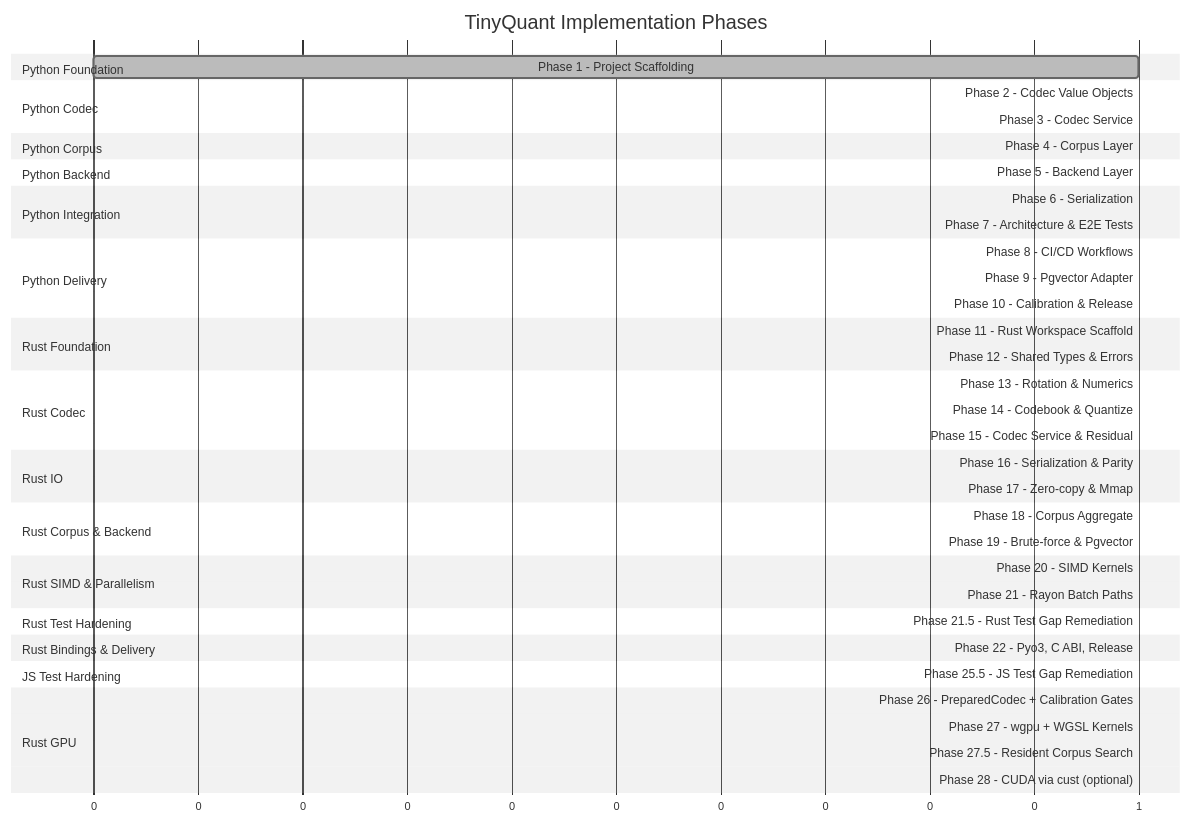
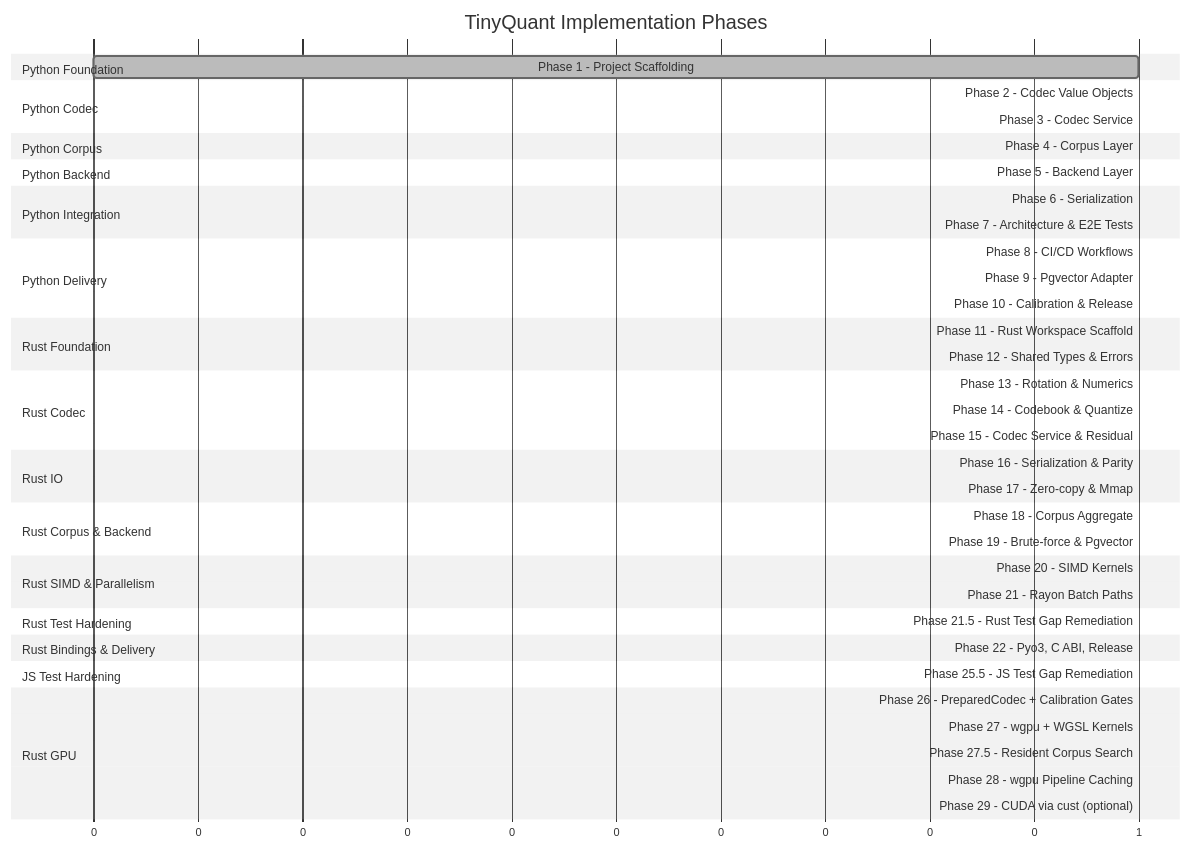
Before and after one commit to better-with-models/TinyQuant: the diagram in docs/roadmap.md, drawn with Mermaid (neutral theme). The commit also changed other lines of this file and 21 other files, not shown here.

````diff
--- a/docs/roadmap.md
+++ b/docs/roadmap.md
@@ -26,49 +26,50 @@
 ```mermaid
 gantt
     title TinyQuant Implementation Phases
     dateFormat X
     axisFormat %s
     section Python Foundation
         Phase 1 - Project Scaffolding       :done, p1, 0, 1
     section Python Codec
         Phase 2 - Codec Value Objects       :done, p2, after p1, 1
         Phase 3 - Codec Service             :done, p3, after p2, 1
     section Python Corpus
         Phase 4 - Corpus Layer              :done, p4, after p3, 1
     section Python Backend
         Phase 5 - Backend Layer             :done, p5, after p4, 1
     section Python Integration
         Phase 6 - Serialization             :done, p6, after p5, 1
         Phase 7 - Architecture & E2E Tests  :done, p7, after p6, 1
     section Python Delivery
         Phase 8 - CI/CD Workflows           :done, p8, after p7, 1
         Phase 9 - Pgvector Adapter          :done, p9, after p8, 1
         Phase 10 - Calibration & Release    :done, p10, after p9, 1
     section Rust Foundation
         Phase 11 - Rust Workspace Scaffold  :done, p11, after p10, 1
         Phase 12 - Shared Types & Errors    :done, p12, after p11, 1
     section Rust Codec
         Phase 13 - Rotation & Numerics      :p13, after p12, 1
         Phase 14 - Codebook & Quantize      :p14, after p13, 1
         Phase 15 - Codec Service & Residual :p15, after p14, 1
     section Rust IO
         Phase 16 - Serialization & Parity   :p16, after p15, 1
         Phase 17 - Zero-copy & Mmap         :p17, after p16, 1
     section Rust Corpus & Backend
         Phase 18 - Corpus Aggregate         :p18, after p17, 1
         Phase 19 - Brute-force & Pgvector   :p19, after p18, 1
     section Rust SIMD & Parallelism
         Phase 20 - SIMD Kernels             :p20, after p19, 1
         Phase 21 - Rayon Batch Paths        :p21, after p20, 1
     section Rust Test Hardening
         Phase 21.5 - Rust Test Gap Remediation :p215, after p21, 1
     section Rust Bindings & Delivery
         Phase 22 - Pyo3, C ABI, Release     :p22, after p215, 1
     section JS Test Hardening
-        Phase 25.5 - JS Test Gap Remediation :p255, after p22, 1
+        Phase 25.5 - JS Test Gap Remediation :done, p255, after p22, 1
     section Rust GPU
-        Phase 26 - PreparedCodec + Calibration Gates :p26, after p255, 1
-        Phase 27 - wgpu + WGSL Kernels      :p27, after p26, 1
-        Phase 27.5 - Resident Corpus Search :p275, after p27, 1
-        Phase 28 - CUDA via cust (optional) :p28, after p275, 1
+        Phase 26 - PreparedCodec + Calibration Gates :done, p26, after p255, 1
+        Phase 27 - wgpu + WGSL Kernels      :done, p27, after p26, 1
+        Phase 27.5 - Resident Corpus Search :done, p275, after p27, 1
+        Phase 28 - wgpu Pipeline Caching    :active, p28, after p275, 1
+        Phase 29 - CUDA via cust (optional) :p29, after p28, 1
 ```
````
